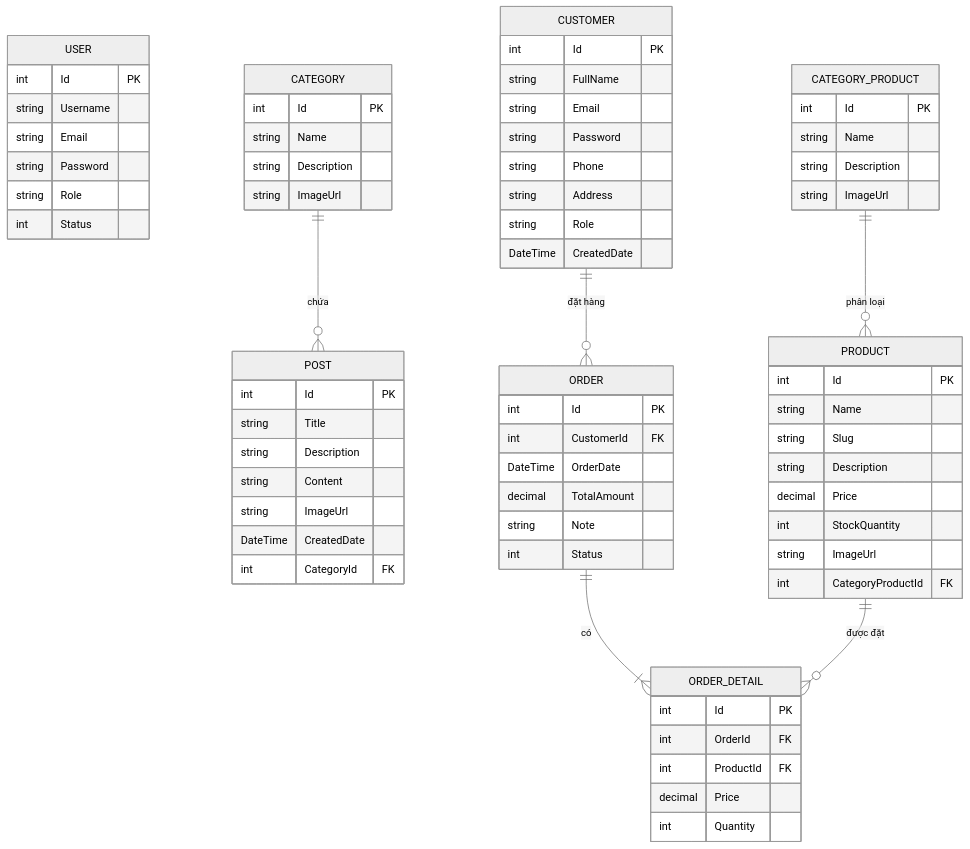
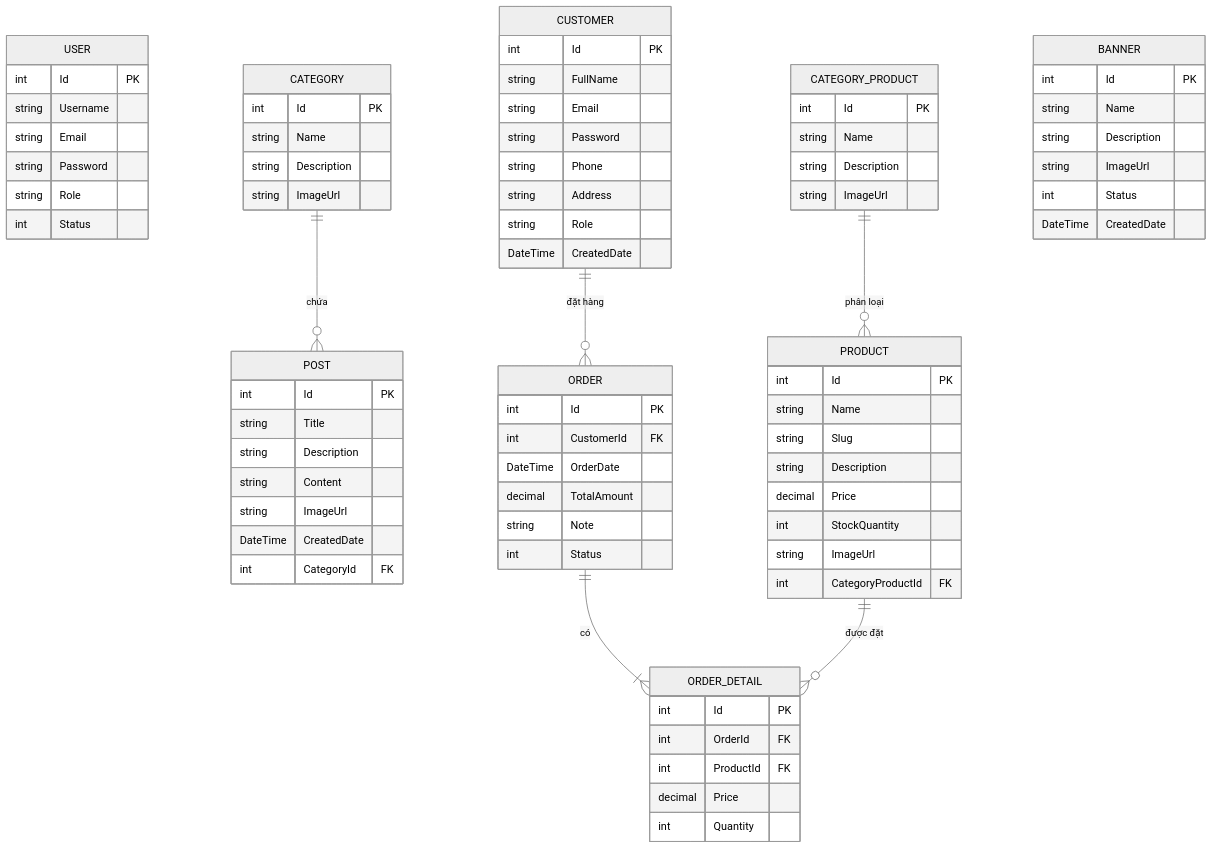
The first of 2 diagrams in README.md (VuHoangChinh222/ChinhCMS_Solution), drawn with Mermaid (neutral theme) before and after one commit. The commit also changed other lines of this file and 4 other files, not shown here.

```diff
--- a/README.md
+++ b/README.md
@@ -110,6 +110,15 @@
         int Quantity
     }
 
+    BANNER {
+        int Id PK
+        string Name
+        string Description
+        string ImageUrl
+        int Status
+        DateTime CreatedDate
+    }
+
     CATEGORY ||--o{ POST : "chứa"
     CATEGORY_PRODUCT ||--o{ PRODUCT : "phân loại"
     CUSTOMER ||--o{ ORDER : "đặt hàng"
```
